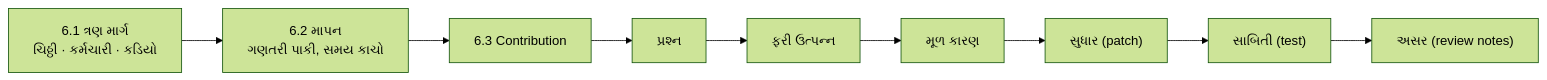
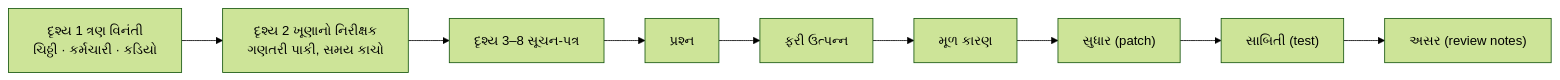
Before and after one commit to vrajkher/DeepSeekHarnessBookNEW: the first of 3 diagrams in book/06-maintainer-architecture.md, drawn with Mermaid (forest theme). The commit also changed other lines of this file and 15 other files, not shown here.

````diff
--- a/book/06-maintainer-architecture.md
+++ b/book/06-maintainer-architecture.md
@@ -30,6 +24,6 @@
 ```mermaid
 flowchart LR
-  A["6.1 ત્રણ માર્ગ<br/>ચિઠ્ઠી · કર્મચારી · કડિયો"] --> B["6.2 માપન<br/>ગણતરી પાકી, સમય કાચો"]
-  B --> C["6.3 Contribution"]
+  A["દૃશ્ય 1 ત્રણ વિનંતી<br/>ચિઠ્ઠી · કર્મચારી · કડિયો"] --> B["દૃશ્ય 2 ખૂણાનો નિરીક્ષક<br/>ગણતરી પાકી, સમય કાચો"]
+  B --> C["દૃશ્ય 3–8 સૂચન-પત્ર"]
   C --> C1["પ્રશ્ન"] --> C2["ફરી ઉત્પન્ન"] --> C3["મૂળ કારણ"] --> C4["સુધાર (patch)"] --> C5["સાબિતી (test)"] --> C6["અસર (review notes)"]
 ```
````
